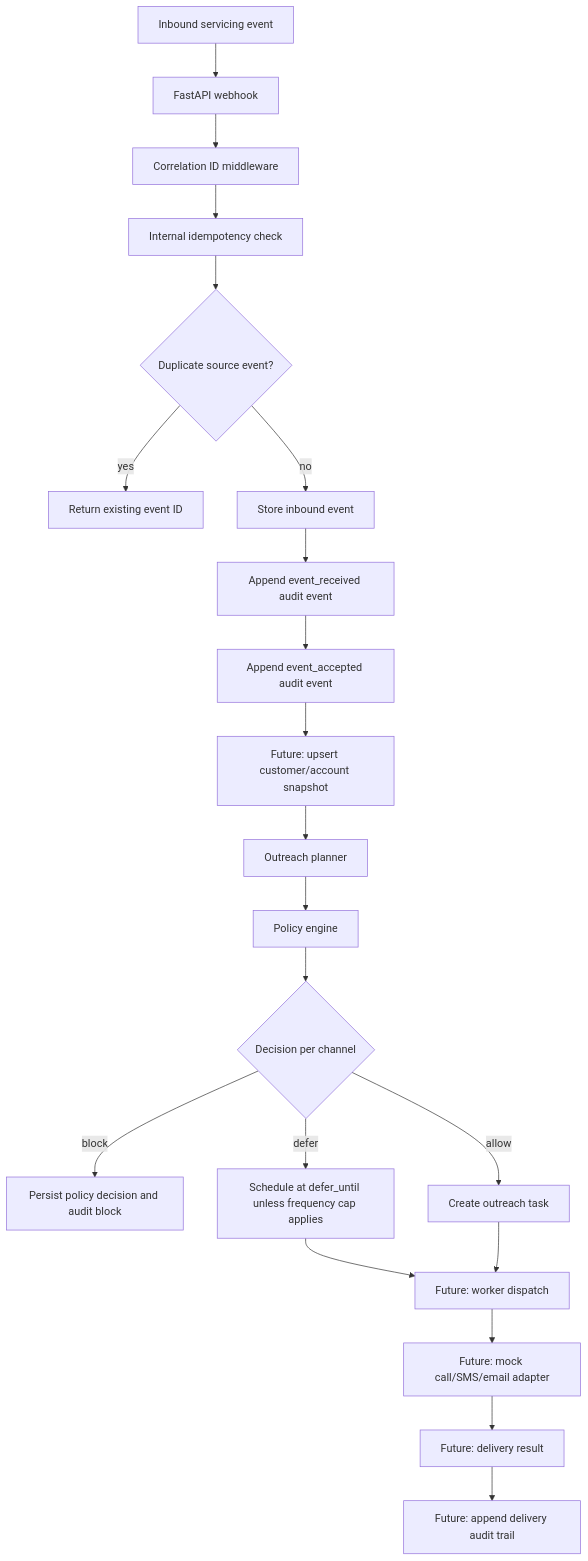
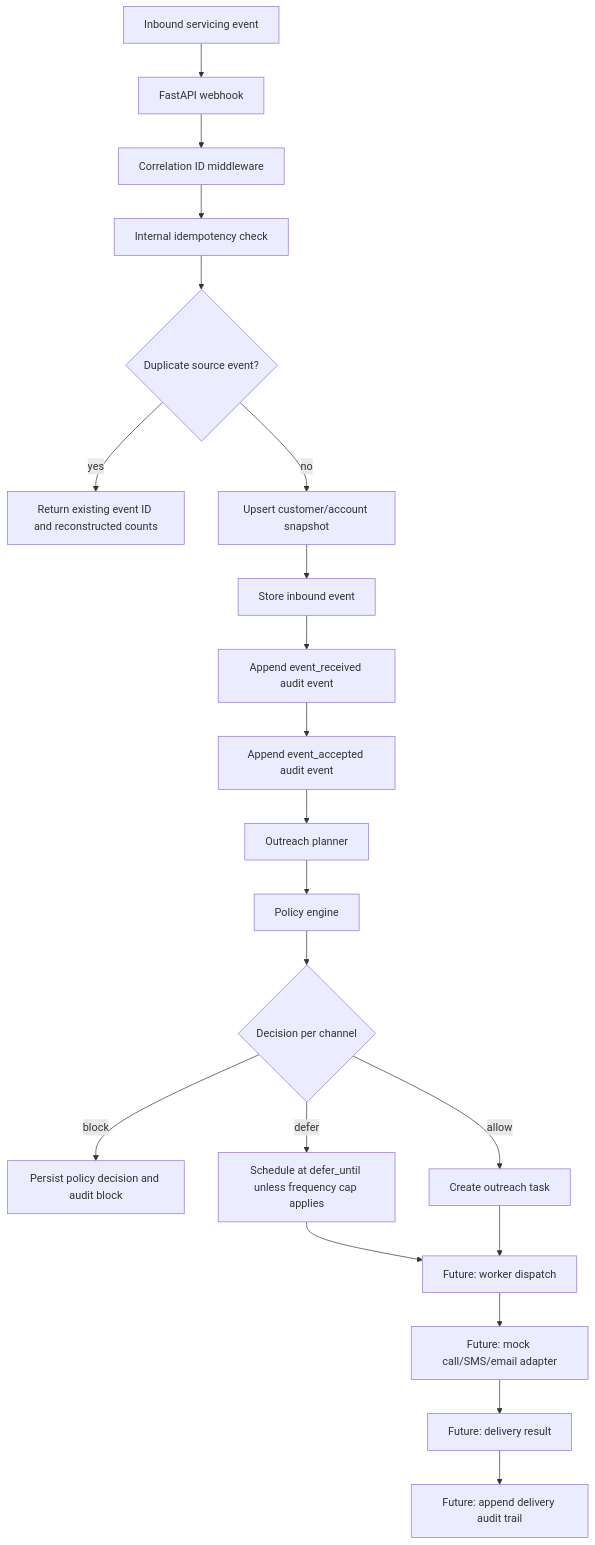
One commit to rafa761/ai-compliance-orquestrator changed the first of 2 diagrams in README.md. Above: the diagram before and after it, drawn with Mermaid. The commit also changed other lines of this file and 23 other files, not shown here.

````diff
--- a/README.md
+++ b/README.md
@@ -67,27 +74,27 @@
 ```mermaid
 flowchart TD
     A[Inbound servicing event] --> B[FastAPI webhook]
     B --> C[Correlation ID middleware]
     C --> D[Internal idempotency check]
     D --> E{Duplicate source event?}
 
-    E -- yes --> F[Return existing event ID]
-    E -- no --> G[Store inbound event]
-    G --> H[Append event_received audit event]
-    H --> I[Append event_accepted audit event]
+    E -- yes --> F[Return existing event ID and reconstructed counts]
+    E -- no --> G[Upsert customer/account snapshot]
+    G --> H[Store inbound event]
+    H --> I[Append event_received audit event]
+    I --> J[Append event_accepted audit event]
 
-    I --> J[Future: upsert customer/account snapshot]
     J --> K[Outreach planner]
     K --> L[Policy engine]
     L --> M{Decision per channel}
 
     M -- block --> N[Persist policy decision and audit block]
     M -- defer --> O[Schedule at defer_until unless frequency cap applies]
     M -- allow --> P[Create outreach task]
 
     O --> Q[Future: worker dispatch]
     P --> Q
     Q --> R[Future: mock call/SMS/email adapter]
     R --> S[Future: delivery result]
     S --> T[Future: append delivery audit trail]
 ```
````
